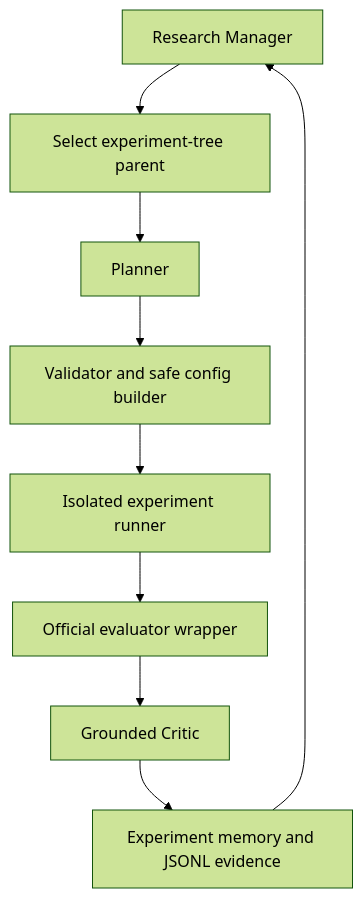
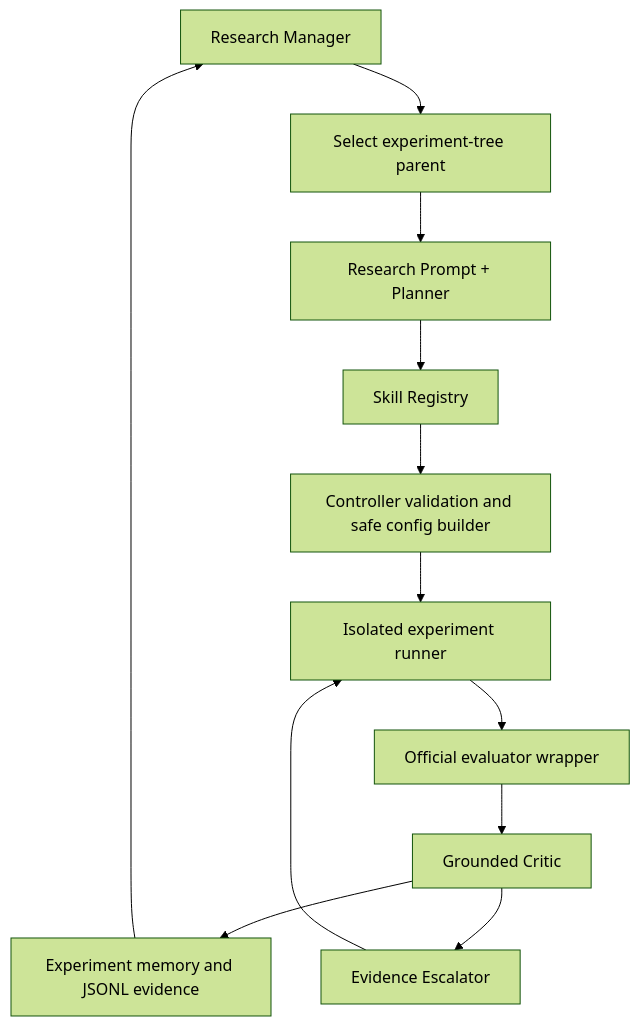
Before and after one commit to Junronggg/TechJam2026: the diagram in docs/architecture.md, drawn with Mermaid (forest theme). The commit also changed other lines of this file and 8 other files, not shown here.

````diff
--- a/docs/architecture.md
+++ b/docs/architecture.md
@@ -7,11 +7,14 @@
 ```mermaid
 flowchart TD
     M[Research Manager] --> S[Select experiment-tree parent]
-    S --> P[Planner]
-    P --> V[Validator and safe config builder]
+    S --> P[Research Prompt + Planner]
+    P --> K[Skill Registry]
+    K --> V[Controller validation and safe config builder]
     V --> R[Isolated experiment runner]
     R --> E[Official evaluator wrapper]
     E --> C[Grounded Critic]
     C --> X[Experiment memory and JSONL evidence]
+    C --> Q[Evidence Escalator]
+    Q --> R
     X --> M
 ```
````
